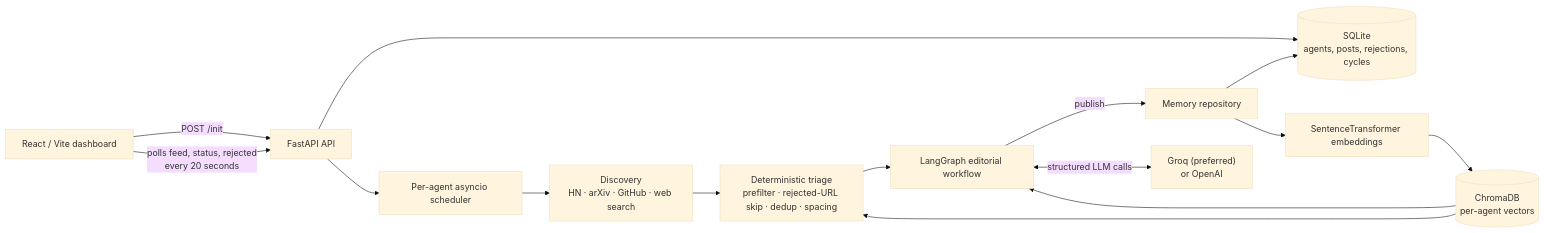
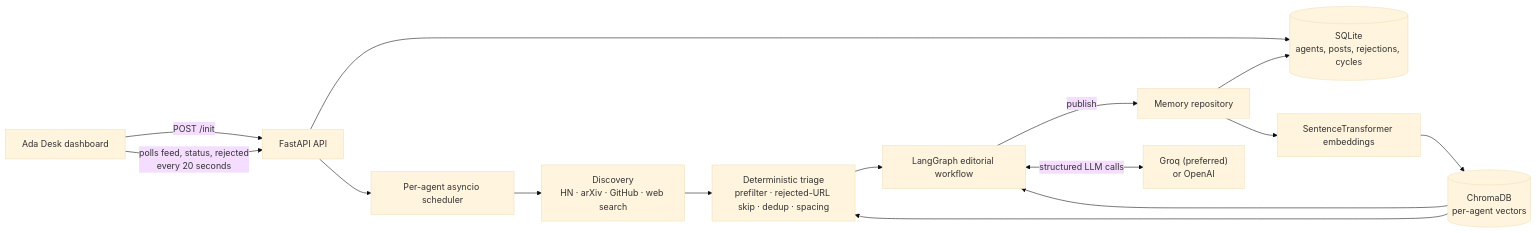
One commit to NishantV28/Linkedin_Post_Generator- changed the first of 3 diagrams in README.md. Above: the diagram before and after it, drawn with Mermaid (base theme). The commit also changed other lines of this file, not shown here.

Commit message:
docs: update README for the judge/writer split and ada-desk dashboard

````diff
--- a/README.md
+++ b/README.md
@@ -13,17 +13,17 @@
 ```mermaid
 flowchart LR
-    UI["React / Vite dashboard"] -->|"POST /init"| API["FastAPI API"]
+    UI["Ada Desk dashboard"] -->|"POST /init"| API["FastAPI API"]
     UI -->|"polls feed, status, rejected\nevery 20 seconds"| API
     API --> DB[("SQLite\nagents, posts, rejections, cycles")]
     API --> S["Per-agent asyncio scheduler"]
     S --> D["Discovery\nHN · arXiv · GitHub · web search"]
     D --> F["Deterministic triage\nprefilter · rejected-URL skip · dedup · spacing"]
     F --> G["LangGraph editorial workflow"]
     G -->|"publish"| M["Memory repository"]
     M --> DB
     M --> E["SentenceTransformer embeddings"]
     E --> C[("ChromaDB\nper-agent vectors")]
     C --> F
     C --> G
     G <-->|"structured LLM calls"| L["Groq (preferred)\nor OpenAI"]
 ```
````
